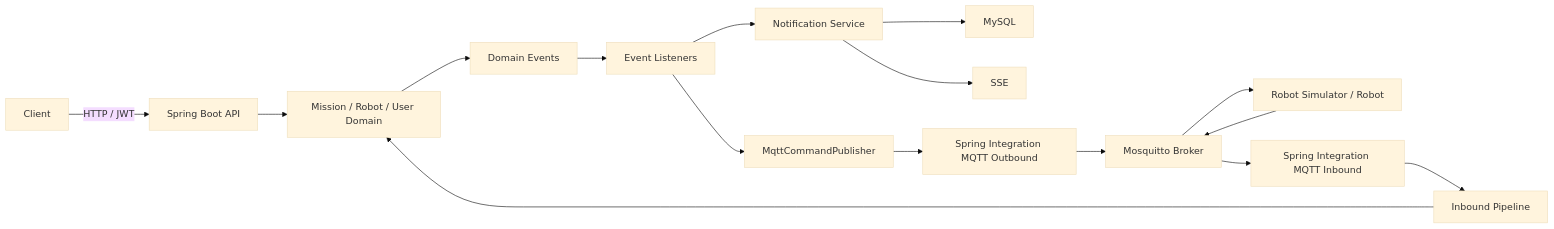
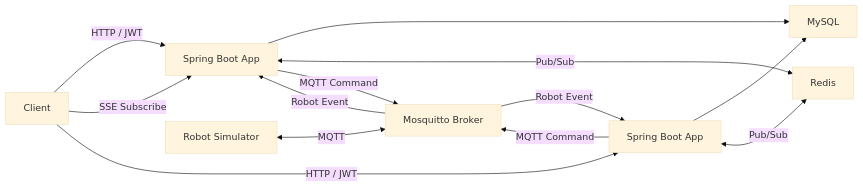
The first of 2 diagrams in README.md (joonwan/carry-porter-be-refactoring), drawn with Mermaid (base theme) before and after one commit. The commit also changed other lines of this file and 1 other file, not shown here.

````diff
--- a/README.md
+++ b/README.md
@@ -41,20 +51,20 @@
 ```mermaid
 flowchart LR
-    A["Client"] -->|HTTP / JWT| B["Spring Boot API"]
-    B --> C["Mission / Robot / User Domain"]
-    C --> D["Domain Events"]
-    D --> E["Event Listeners"]
-    E --> F["Notification Service"]
-    F --> G["MySQL"]
-    F --> H["SSE"]
+    CLIENT["Client"] -->|HTTP / JWT| APP1["Spring Boot App"]
+    CLIENT -->|SSE Subscribe| APP1
+    CLIENT -->|HTTP / JWT| APP2["Spring Boot App"]
 
-    E --> I["MqttCommandPublisher"]
-    I --> J["Spring Integration MQTT Outbound"]
-    J --> K["Mosquitto Broker"]
-    K --> L["Robot Simulator / Robot"]
+    APP1 --> DB["MySQL"]
+    APP2 --> DB
 
-    L --> K
-    K --> M["Spring Integration MQTT Inbound"]
-    M --> N["Inbound Pipeline"]
-    N --> C
+    APP1 <-->|Pub/Sub| REDIS["Redis"]
+    APP2 <-->|Pub/Sub| REDIS
+
+    APP1 -->|MQTT Command| MQTT["Mosquitto Broker"]
+    APP2 -->|MQTT Command| MQTT
+
+    MQTT -->|Robot Event| APP1
+    MQTT -->|Robot Event| APP2
+
+    ROBOT["Robot Simulator"] <-->|MQTT| MQTT
 ```
````
